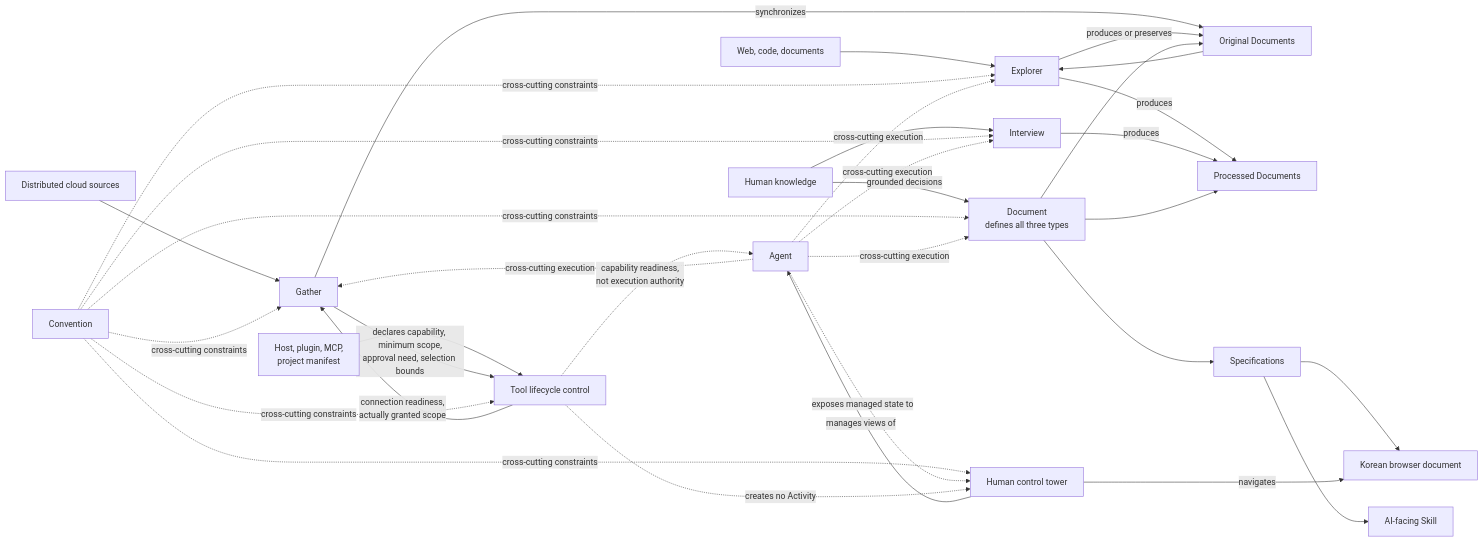
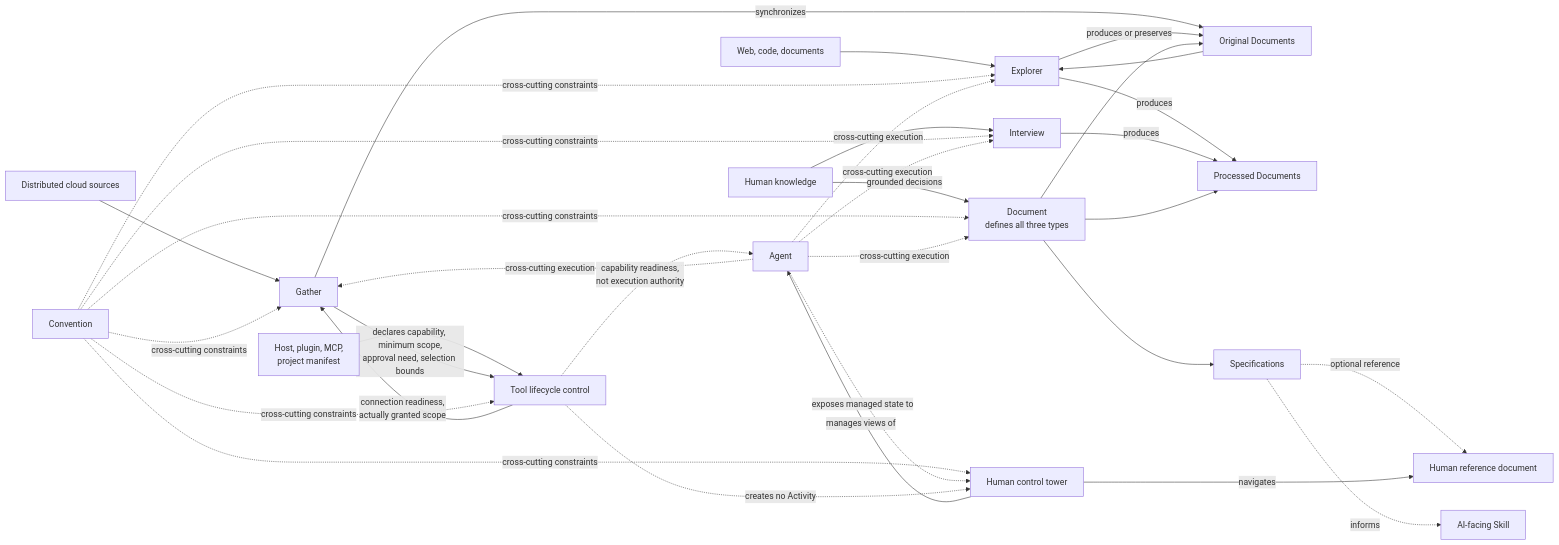
The second of 9 diagrams in skills/convention/references/diagrams.md (KoreanLeeChangHyun/agent-factory-codex-plugin), drawn with Mermaid before and after one commit. The commit also changed other lines of this file and 89 other files, not shown here.

````diff
--- a/skills/convention/references/diagrams.md
+++ b/skills/convention/references/diagrams.md
@@ -50,37 +50,37 @@
 ```mermaid
 flowchart LR
     accTitle: Agent Factory core capability topology
     accDescr: Gather, Tool, Explorer, Interview, Document, Convention, Agent, and Workspace have distinct inputs, outputs, execution, lifecycle, and authority relationships.
     Sources[Distributed cloud sources] --> Gather
     Authorities[Host, plugin, MCP,<br/>project manifest] --> Tool[Tool lifecycle control]
     Gather -->|declares capability, minimum scope,<br/>approval need, selection bounds| Tool
     Tool -->|connection readiness,<br/>actually granted scope| Gather
     Gather -->|synchronizes| Original[Original Documents]
     WebCodeDocs[Web, code, documents] --> Explorer
     Original --> Explorer
     Explorer -->|produces or preserves| Original
     Explorer -->|produces| Processed[Processed Documents]
     Human[Human knowledge] --> Interview
     Interview -->|produces| Processed
     Document[Document<br/>defines all three types] --> Original
     Document --> Processed
     Document --> Specification[Specifications]
     Human -->|grounded decisions| Document
-    Specification --> HumanView[Korean browser document]
-    Specification --> AIView[AI-facing Skill]
+    Specification -. optional reference .-> HumanView[Human reference document]
+    Specification -. informs .-> AIView[AI-facing Skill]
     Workspace[Human control tower] -->|navigates| HumanView
     Workspace -->|manages views of| Agent
     Convention -. cross-cutting constraints .-> Gather
     Convention -. cross-cutting constraints .-> Tool
     Convention -. cross-cutting constraints .-> Explorer
     Convention -. cross-cutting constraints .-> Interview
     Convention -. cross-cutting constraints .-> Document
     Convention -. cross-cutting constraints .-> Workspace
     Agent -. cross-cutting execution .-> Gather
     Tool -. capability readiness,<br/>not execution authority .-> Agent
     Agent -. cross-cutting execution .-> Explorer
     Agent -. cross-cutting execution .-> Interview
     Agent -. cross-cutting execution .-> Document
     Agent -. exposes managed state to .-> Workspace
     Tool -. creates no Activity .-> Workspace
 ```
````
